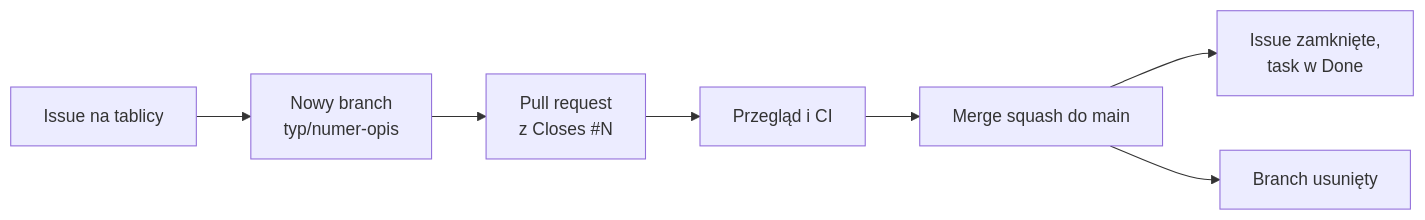
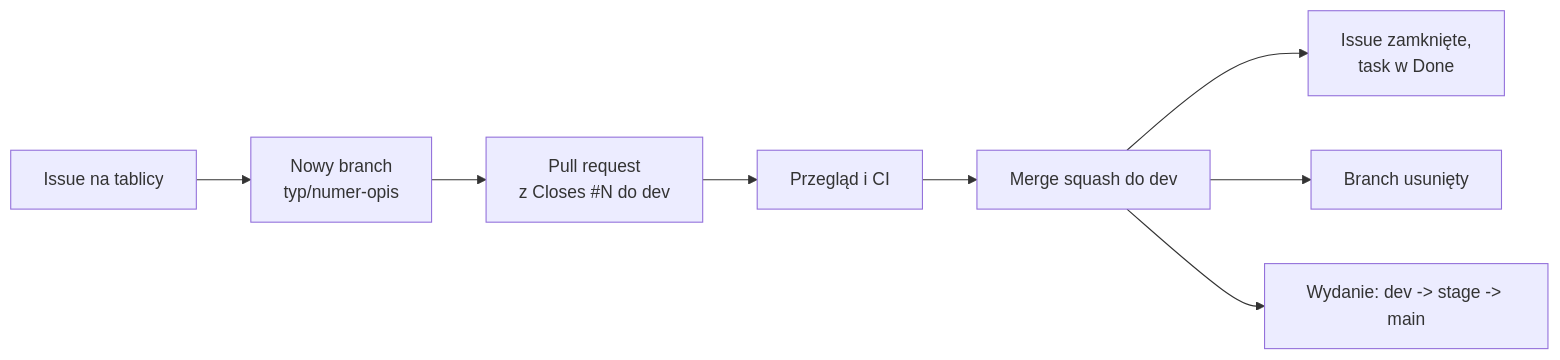
One commit to worthmytime/worthmytime-product changed the diagram in README.md. Above: the diagram before and after it, drawn with Mermaid. The commit also changed other lines of this file, not shown here.

Commit message:
docs: przepływ dev -> stage -> main w README

````diff
--- a/README.md
+++ b/README.md
@@ -37,9 +37,10 @@
 ```mermaid
 flowchart LR
     A[Issue na tablicy] --> B[Nowy branch<br/>typ/numer-opis]
-    B --> C[Pull request<br/>z Closes #N]
+    B --> C[Pull request<br/>z Closes #N do dev]
     C --> D[Przegląd i CI]
-    D --> E[Merge squash do main]
+    D --> E[Merge squash do dev]
     E --> F[Issue zamknięte,<br/>task w Done]
     E --> G[Branch usunięty]
+    E --> H[Wydanie: dev -> stage -> main]
 ```
````
